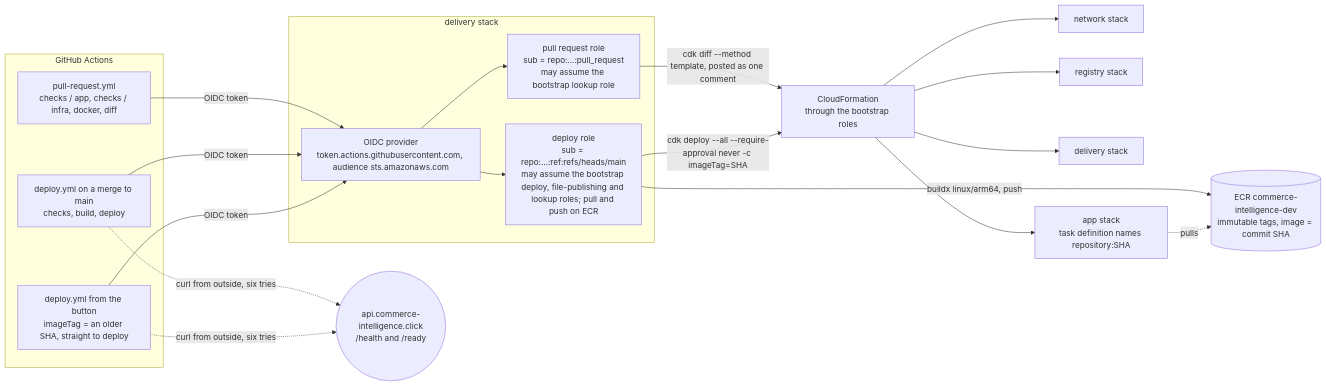
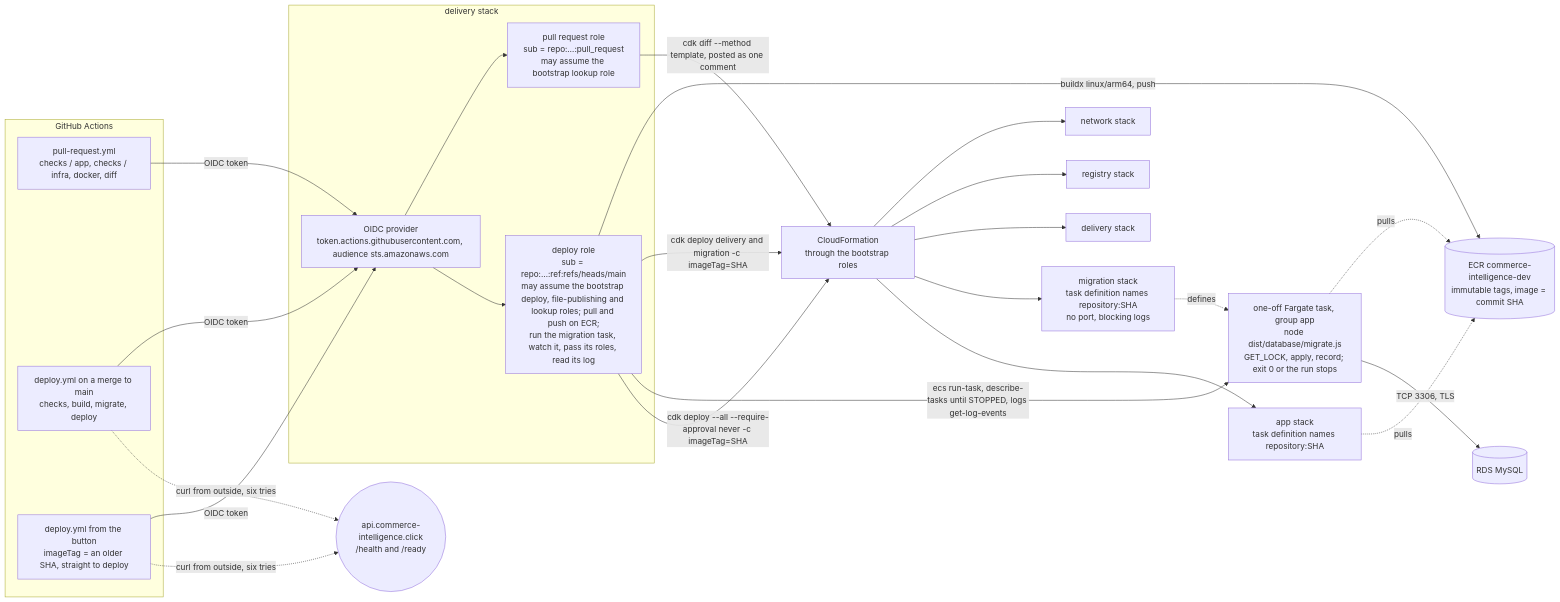
The third of 4 diagrams in docs/architecture.md (Buri1989/shopify-commerce-intelligence-platform), drawn with Mermaid before and after one commit. The commit also changed other lines of this file and 3 other files, not shown here.

Commit message:
Document Task 2.3: the questions doc, the README, the architecture picture and the conventions

````diff
--- a/docs/architecture.md
+++ b/docs/architecture.md
@@ -91,35 +92,44 @@
 ```mermaid
 flowchart LR
     subgraph github["GitHub Actions"]
         pr["pull-request.yml<br/>checks / app, checks / infra, docker, diff"]
-        merge["deploy.yml on a merge to main<br/>checks, build, deploy"]
+        merge["deploy.yml on a merge to main<br/>checks, build, migrate, deploy"]
         button["deploy.yml from the button<br/>imageTag = an older SHA, straight to deploy"]
     end
     subgraph delivery["delivery stack"]
         oidc["OIDC provider<br/>token.actions.githubusercontent.com, audience sts.amazonaws.com"]
         prrole["pull request role<br/>sub = repo:…:pull_request<br/>may assume the bootstrap lookup role"]
-        deployrole["deploy role<br/>sub = repo:…:ref:refs/heads/main<br/>may assume the bootstrap deploy, file-publishing and lookup roles; pull and push on ECR"]
+        deployrole["deploy role<br/>sub = repo:…:ref:refs/heads/main<br/>may assume the bootstrap deploy, file-publishing and lookup roles; pull and push on ECR;<br/>run the migration task, watch it, pass its roles, read its log"]
     end
     ecr[("ECR commerce-intelligence-dev<br/>immutable tags, image = commit SHA")]
     cfn["CloudFormation<br/>through the bootstrap roles"]
     net["network stack"]
     reg["registry stack"]
     del["delivery stack"]
+    mig["migration stack<br/>task definition names repository:SHA<br/>no port, blocking logs"]
+    migtask["one-off Fargate task, group app<br/>node dist/database/migrate.js<br/>GET_LOCK, apply, record; exit 0 or the run stops"]
+    db[("RDS MySQL")]
     app["app stack<br/>task definition names repository:SHA"]
     api(("api.commerce-intelligence.click<br/>/health and /ready"))
     pr -->|"OIDC token"| oidc
     merge -->|"OIDC token"| oidc
     button -->|"OIDC token"| oidc
     oidc --> prrole
     oidc --> deployrole
     prrole -->|"cdk diff --method template, posted as one comment"| cfn
     deployrole -->|"buildx linux/arm64, push"| ecr
+    deployrole -->|"cdk deploy delivery and migration -c imageTag=SHA"| cfn
+    deployrole -->|"ecs run-task, describe-tasks until STOPPED, logs get-log-events"| migtask
     deployrole -->|"cdk deploy --all --require-approval never -c imageTag=SHA"| cfn
     cfn --> net
     cfn --> reg
     cfn --> del
+    cfn --> mig
     cfn --> app
+    mig -.->|"defines"| migtask
+    migtask -.->|"pulls"| ecr
+    migtask -->|"TCP 3306, TLS"| db
     app -.->|"pulls"| ecr
     merge -.->|"curl from outside, six tries"| api
     button -.->|"curl from outside, six tries"| api
 ```
````
